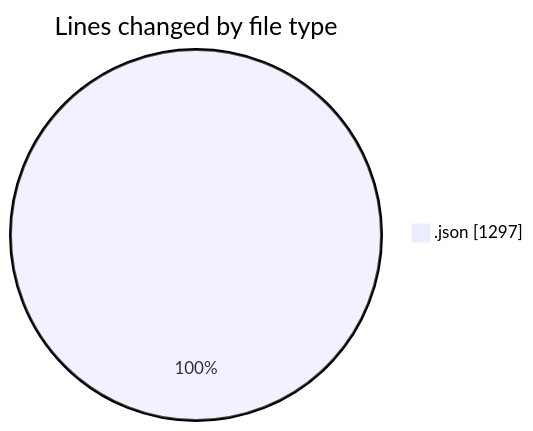
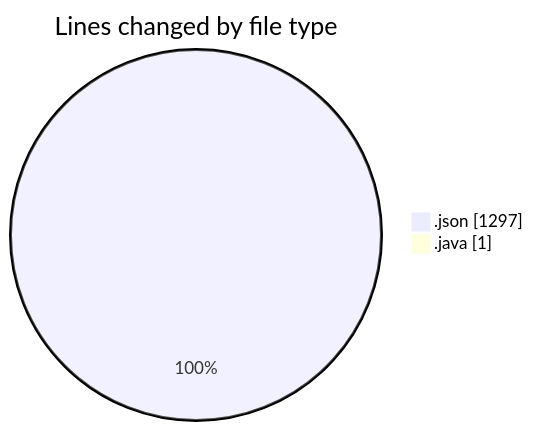
One commit to ricardozamudiocil/code-tracking changed the first of 2 diagrams in 2026-09-17/cilapp/README.md. Above: the diagram before and after it, drawn with Mermaid. The commit also changed other lines of this file and 1 other file, not shown here.

````diff
--- a/2026-09-17/cilapp/README.md
+++ b/2026-09-17/cilapp/README.md
@@ -20,5 +21,6 @@
 ```mermaid
 pie showData
 title Lines changed by file type
 ".json" : 1297
+".java" : 1
 ```
````
